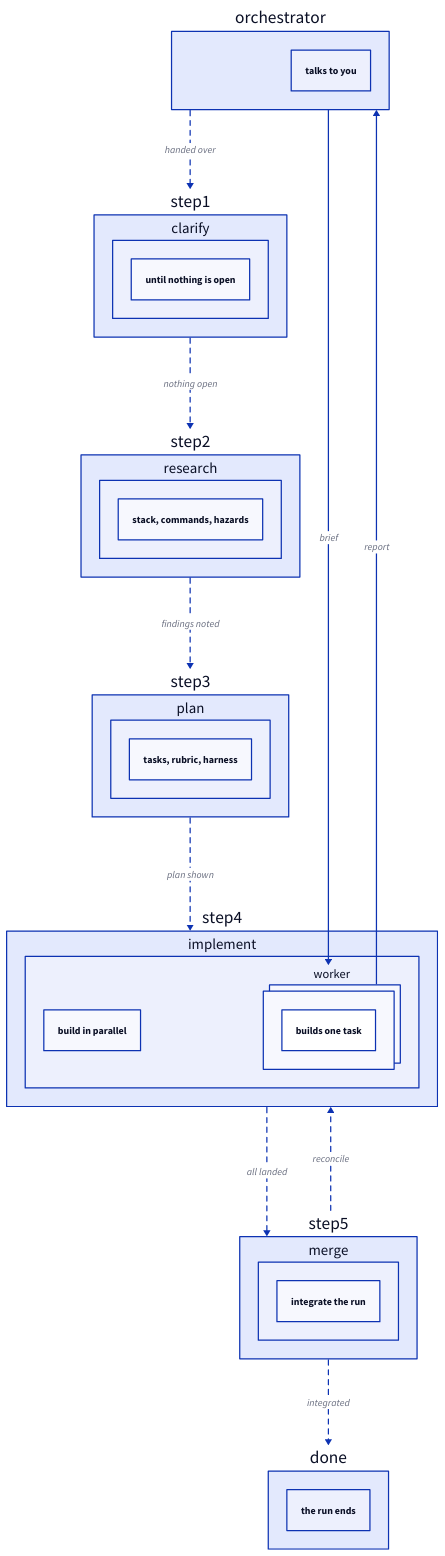
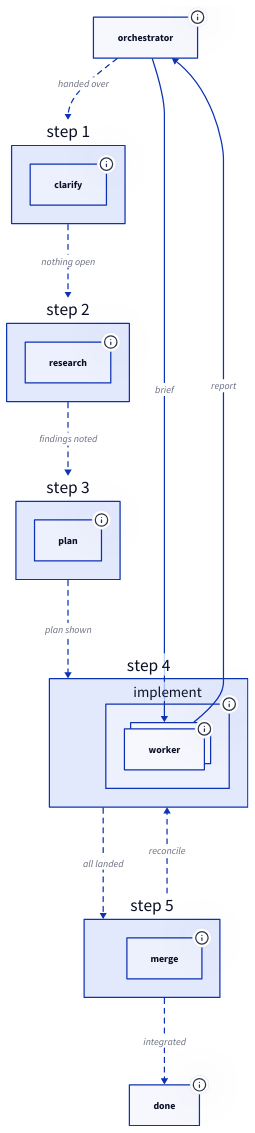
The diagram in loops/core-fast/loop.d2 (nunomota/dacapo), drawn with D2 before and after one commit. The commit also changed 23 other files, not shown here.

```diff
--- a/loops/core-fast/loop.d2
+++ b/loops/core-fast/loop.d2
@@ -1,51 +1,56 @@
 direction: down
 
 classes: {
   entry: {}
   agent: {}
   swarm: { style.multiple: true }
   exit: {}
   stage: {}
   transition: { style.stroke-dash: 4 }
   back: { style.stroke-dash: 4 }
   handover: {}
 }
 
-orchestrator: { class: entry; summary: talks to you }
+orchestrator: { class: entry; tooltip: talks to you }
 
 step1: {
-  clarify: { class: stage; summary: until nothing is open }
+  label: step 1
+  clarify: { class: stage; tooltip: until nothing is open }
 }
 
 step2: {
-  research: { class: stage; summary: stack, commands, hazards }
+  label: step 2
+  research: { class: stage; tooltip: stack, commands, hazards }
 }
 
 step3: {
-  plan: { class: stage; summary: tasks, rubric, harness }
+  label: step 3
+  plan: { class: stage; tooltip: tasks, rubric, harness }
 }
 
 step4: {
+  label: step 4
   implement: {
     class: stage
-    summary: build in parallel
-    worker: { class: swarm; summary: builds one task }
+    tooltip: build in parallel
+    worker: { class: swarm; tooltip: builds one task }
   }
 }
 
 step5: {
-  merge: { class: stage; summary: integrate the run }
+  label: step 5
+  merge: { class: stage; tooltip: integrate the run }
 }
 
-done: { class: exit; summary: the run ends }
+done: { class: exit; tooltip: the run ends }
 
 orchestrator -> step1: handed over { class: transition }
 step1 -> step2: nothing open { class: transition }
 step2 -> step3: findings noted { class: transition }
 step3 -> step4: plan shown { class: transition }
 step4 -> step5: all landed { class: transition }
 step5 -> step4: reconcile { class: back }
 step5 -> done: integrated { class: transition }
 
 orchestrator -> step4.implement.worker: brief { class: handover }
 step4.implement.worker -> orchestrator: report { class: handover }
```
